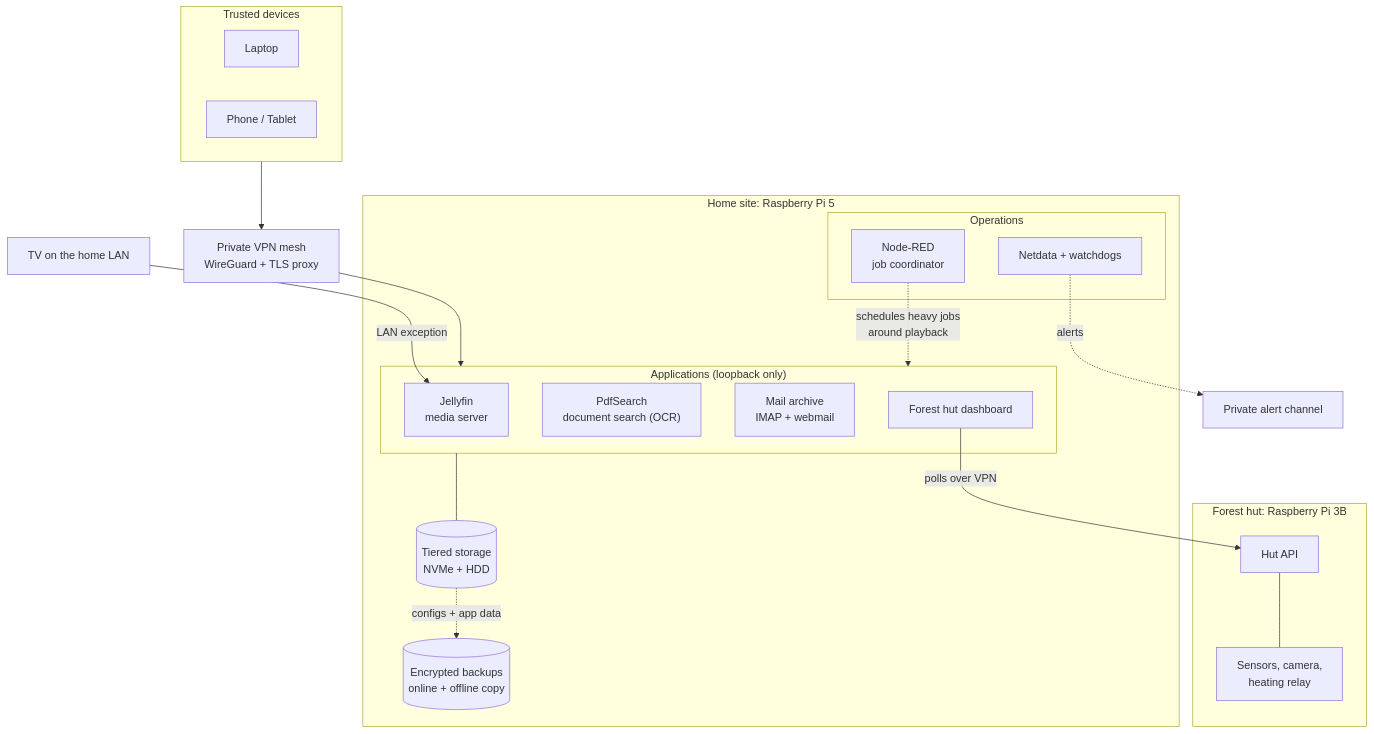
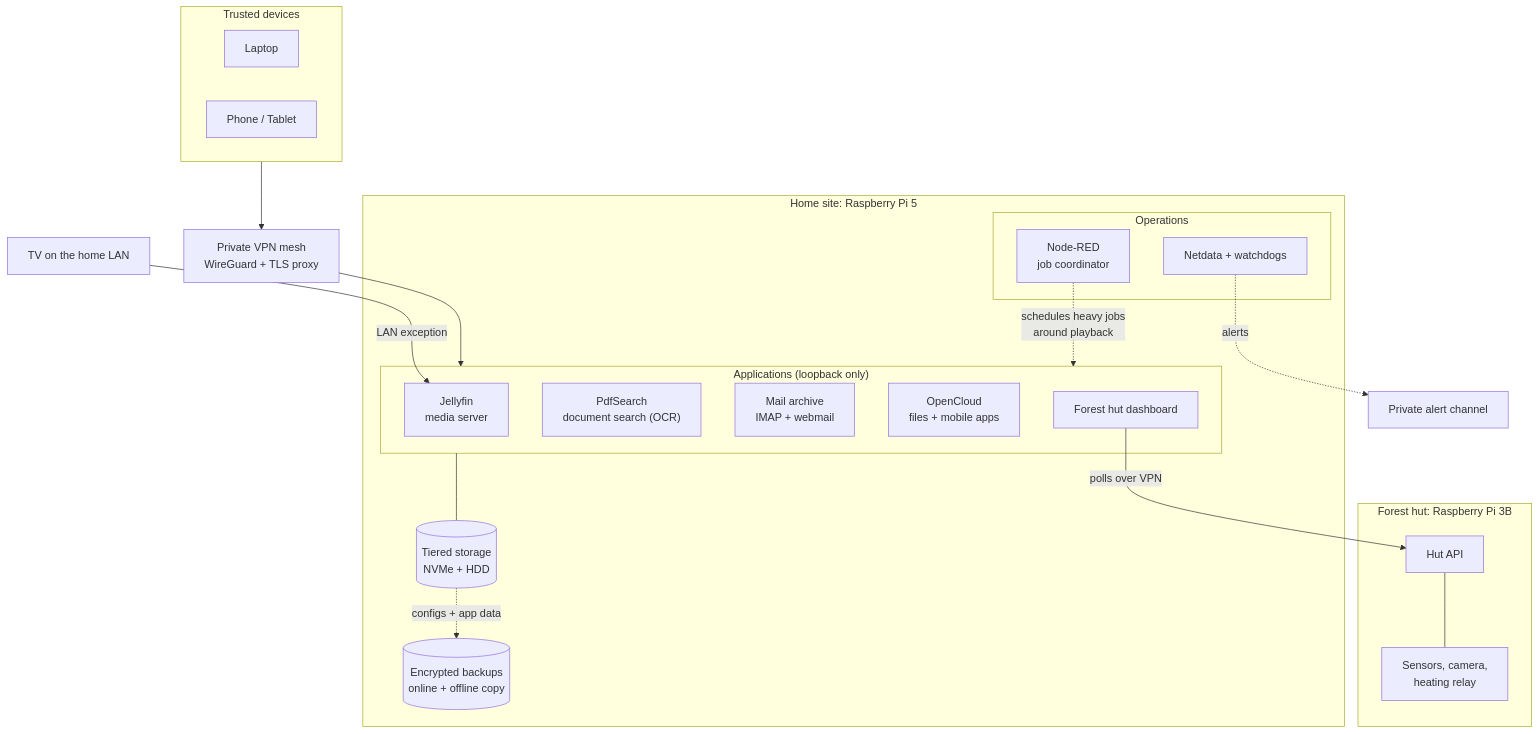
The diagram in README.md (KTV02/homelab), drawn with Mermaid before and after one commit. The commit also changed other lines of this file and 9 other files, not shown here.

Commit message:
Add OpenCloud personal cloud storage

````diff
--- a/README.md
+++ b/README.md
@@ -25,39 +25,40 @@
 ```mermaid
 flowchart TB
     subgraph Clients["Trusted devices"]
         Laptop["Laptop"]
         Phone["Phone / Tablet"]
     end
     TV["TV on the home LAN"]
 
     Proxy["Private VPN mesh<br/>WireGuard + TLS proxy"]
 
     subgraph Home["Home site: Raspberry Pi 5"]
         subgraph Apps["Applications (loopback only)"]
             Jelly["Jellyfin<br/>media server"]
             Pdf["PdfSearch<br/>document search (OCR)"]
             Mail["Mail archive<br/>IMAP + webmail"]
+            Cloud["OpenCloud<br/>files + mobile apps"]
             Dash["Forest hut dashboard"]
         end
         subgraph Ops["Operations"]
             NR["Node-RED<br/>job coordinator"]
             Mon["Netdata + watchdogs"]
         end
         Store[("Tiered storage<br/>NVMe + HDD")]
         Bak[("Encrypted backups<br/>online + offline copy")]
     end
 
     subgraph Hut["Forest hut: Raspberry Pi 3B"]
         API["Hut API"]
         Dev["Sensors, camera,<br/>heating relay"]
     end
 
     Chat["Private alert channel"]
 
     Clients --> Proxy --> Apps
     TV -- "LAN exception" --> Jelly
     Dash -- "polls over VPN" --> API --- Dev
     Apps --- Store -. "configs + app data" .-> Bak
     NR -. "schedules heavy jobs<br/>around playback" .-> Apps
     Mon -. "alerts" .-> Chat
 ```
````
